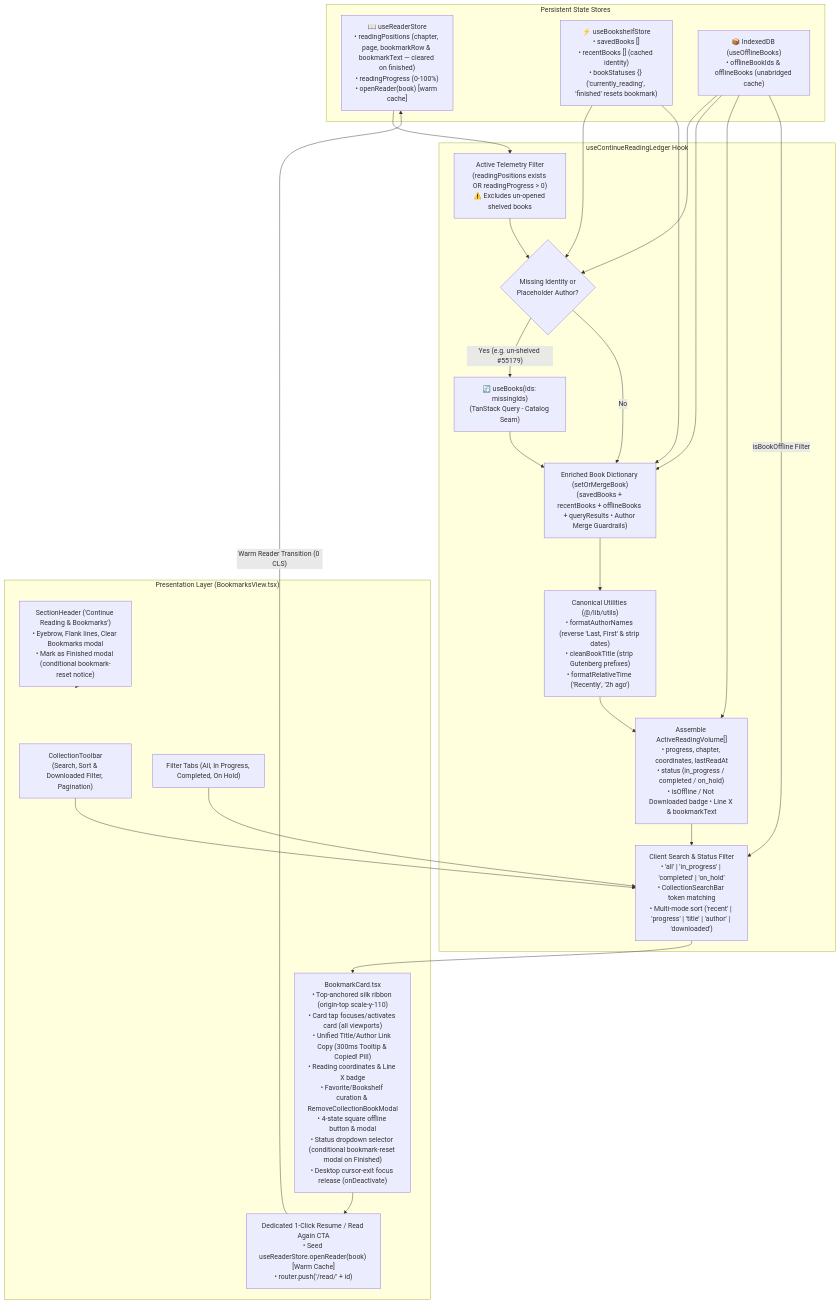
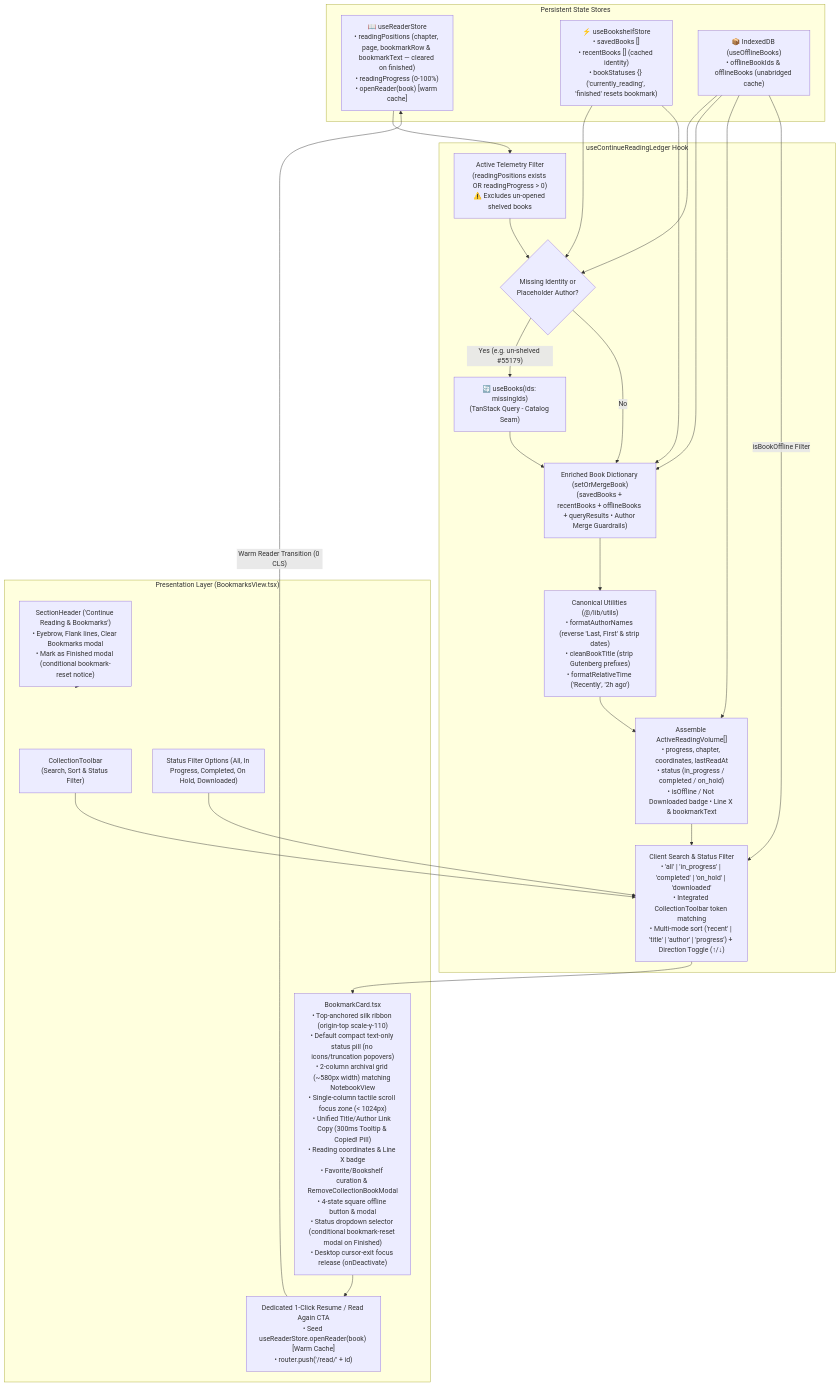
The third of 12 diagrams in docs/ARCHITECTURE.md (calin-m/Bookarium), drawn with Mermaid before and after one commit. The commit also changed other lines of this file and 48 other files, not shown here.

First line of the commit message:
feat(presentation): unify bookmarks reading ledger toolbar, direction-aware sorting and compact status ergonomics (v2.9.8)

````diff
--- a/docs/ARCHITECTURE.md
+++ b/docs/ARCHITECTURE.md
@@ -341,47 +341,47 @@
 ```mermaid
 flowchart TD
     subgraph Storage ["Persistent State Stores"]
         RS["📖 useReaderStore\n• readingPositions (chapter, page, bookmarkRow & bookmarkText — cleared on finished)\n• readingProgress (0-100%)\n• openReader(book) [warm cache]"]
         BS["⚡ useBookshelfStore\n• savedBooks []\n• recentBooks [] (cached identity)\n• bookStatuses {} ('currently_reading', 'finished' resets bookmark)"]
         IDB["📦 IndexedDB (useOfflineBooks)\n• offlineBookIds & offlineBooks (unabridged cache)"]
     end
 
     subgraph LedgerHook ["useContinueReadingLedger Hook"]
         FilterActive["Active Telemetry Filter\n(readingPositions exists OR readingProgress > 0)\n⚠️ Excludes un-opened shelved books"]
         MissingCheck{"Missing Identity or\nPlaceholder Author?"}
         QueryMissing["🔄 useBooks(ids: missingIds)\n(TanStack Query - Catalog Seam)"]
         EnrichDict["Enriched Book Dictionary (setOrMergeBook)\n(savedBooks + recentBooks + offlineBooks + queryResults • Author Merge Guardrails)"]
         Parser["Canonical Utilities (@/lib/utils)\n• formatAuthorNames (reverse 'Last, First' & strip dates)\n• cleanBookTitle (strip Gutenberg prefixes)\n• formatRelativeTime ('Recently', '2h ago')"]
         Assembly["Assemble ActiveReadingVolume[]\n• progress, chapter, coordinates, lastReadAt\n• status (in_progress / completed / on_hold)\n• isOffline / Not Downloaded badge • Line X & bookmarkText"]
-        FilterSort["Client Search & Status Filter\n• 'all' | 'in_progress' | 'completed' | 'on_hold'\n• CollectionSearchBar token matching\n• Multi-mode sort ('recent' | 'progress' | 'title' | 'author' | 'downloaded')"]
+        FilterSort["Client Search & Status Filter\n• 'all' | 'in_progress' | 'completed' | 'on_hold' | 'downloaded'\n• Integrated CollectionToolbar token matching\n• Multi-mode sort ('recent' | 'title' | 'author' | 'progress') + Direction Toggle (↑/↓)"]
     end
 
     subgraph UI ["Presentation Layer (BookmarksView.tsx)"]
         Header["SectionHeader ('Continue Reading & Bookmarks')\n• Eyebrow, Flank lines, Clear Bookmarks modal\n• Mark as Finished modal (conditional bookmark-reset notice)"]
-        Search["CollectionToolbar\n(Search, Sort & Downloaded Filter, Pagination)"]
-        Tabs["Filter Tabs (All, In Progress, Completed, On Hold)"]
-        Cards["BookmarkCard.tsx\n• Top-anchored silk ribbon (origin-top scale-y-110)\n• Card tap focuses/activates card (all viewports)\n• Unified Title/Author Link Copy (300ms Tooltip & Copied! Pill)\n• Reading coordinates & Line X badge\n• Favorite/Bookshelf curation & RemoveCollectionBookModal\n• 4-state square offline button & modal\n• Status dropdown selector (conditional bookmark-reset modal on Finished)\n• Desktop cursor-exit focus release (onDeactivate)"]
+        Search["CollectionToolbar\n(Search, Sort & Status Filter)"]
+        Tabs["Status Filter Options (All, In Progress, Completed, On Hold, Downloaded)"]
+        Cards["BookmarkCard.tsx\n• Top-anchored silk ribbon (origin-top scale-y-110)\n• Default compact text-only status pill (no icons/truncation popovers)\n• 2-column archival grid (~580px width) matching NotebookView\n• Single-column tactile scroll focus zone (< 1024px)\n• Unified Title/Author Link Copy (300ms Tooltip & Copied! Pill)\n• Reading coordinates & Line X badge\n• Favorite/Bookshelf curation & RemoveCollectionBookModal\n• 4-state square offline button & modal\n• Status dropdown selector (conditional bookmark-reset modal on Finished)\n• Desktop cursor-exit focus release (onDeactivate)"]
         ResumeAction["Dedicated 1-Click Resume / Read Again CTA\n• Seed useReaderStore.openReader(book) [Warm Cache]\n• router.push('/read/' + id)"]
     end
 
     RS --> FilterActive
     FilterActive --> MissingCheck
     BS --> MissingCheck
     IDB --> MissingCheck
     MissingCheck -->|"Yes (e.g. un-shelved #55179)"| QueryMissing
     QueryMissing --> EnrichDict
     MissingCheck -->|"No"| EnrichDict
     BS --> EnrichDict
     IDB --> EnrichDict
     EnrichDict --> Parser
     Parser --> Assembly
     IDB --> Assembly
     IDB -->|"isBookOffline Filter"| FilterSort
     Assembly --> FilterSort
     FilterSort --> Cards
     Header --> UI
     Search --> FilterSort
     Tabs --> FilterSort
     Cards --> ResumeAction
     ResumeAction -->|"Warm Reader Transition (0 CLS)"| RS
 ```
````
